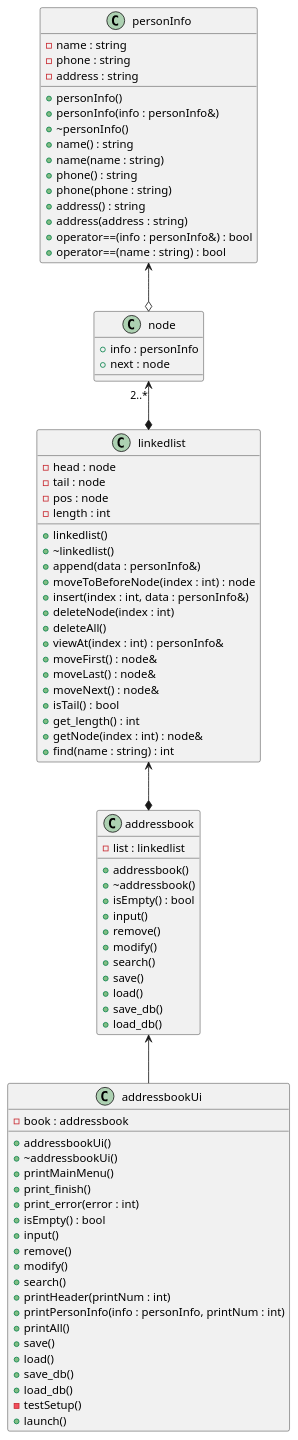
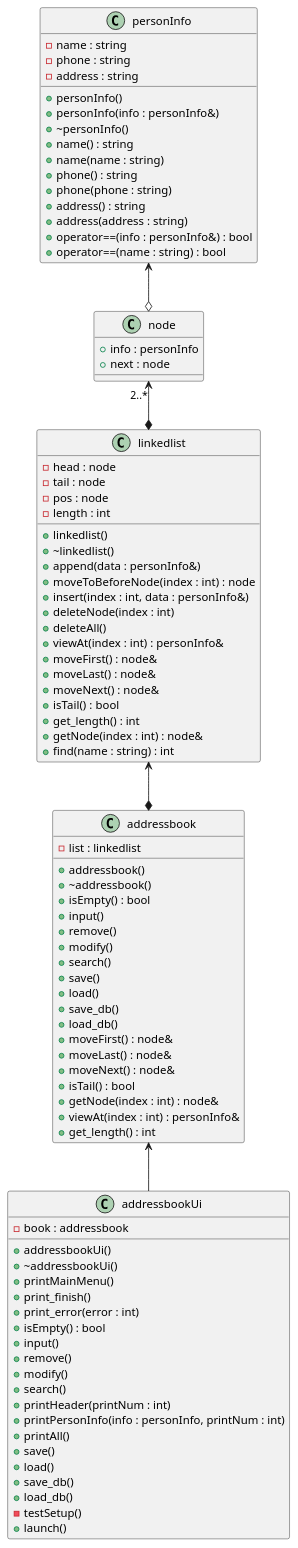
One commit to digiry/study changed the diagram in py_programming/docs/addressbook.puml. Above: the diagram before and after it, drawn with PlantUML. The commit also changed 6 other files, not shown here.

```diff
--- a/py_programming/docs/addressbook.puml
+++ b/py_programming/docs/addressbook.puml
@@ -1,90 +1,97 @@
 @startuml
 
 class personInfo {
 - name : string
 - phone : string
 - address : string
 + personInfo()
 + personInfo(info : personInfo&)
 + ~personInfo()
 + name() : string
 + name(name : string)
 + phone() : string
 + phone(phone : string)
 + address() : string
 + address(address : string)
 + operator==(info : personInfo&) : bool
 + operator==(name : string) : bool
 }
 
 class node {
 + info : personInfo
 + next : node
 }
 
 class linkedlist {
 - head : node
 - tail : node
 - pos : node
 - length : int
 + linkedlist()
 + ~linkedlist()
 + append(data : personInfo&)
 + moveToBeforeNode(index : int) : node
 + insert(index : int, data : personInfo&)
 + deleteNode(index : int)
 + deleteAll()
 + viewAt(index : int) : personInfo&
 + moveFirst() : node&
 + moveLast() : node&
 + moveNext() : node&
 + isTail() : bool
 + get_length() : int
 + getNode(index : int) : node&
 + find(name : string) : int
 }
 
 class addressbook {
 - list : linkedlist
 + addressbook()
 + ~addressbook()
 + isEmpty() : bool
 + input()
 + remove()
 + modify()
 + search()
 + save()
 + load()
 + save_db()
 + load_db()
++ moveFirst() : node&
++ moveLast() : node&
++ moveNext() : node&
++ isTail() : bool
++ getNode(index : int) : node&
++ viewAt(index : int) : personInfo&
++ get_length() : int
 }
 
 class addressbookUi {
 - book : addressbook
 + addressbookUi()
 + ~addressbookUi()
 + printMainMenu()
 + print_finish()
 + print_error(error : int)
 + isEmpty() : bool
 + input()
 + remove()
 + modify()
 + search()
 + printHeader(printNum : int)
 + printPersonInfo(info : personInfo, printNum : int)
 + printAll()
 + save()
 + load()
 + save_db()
 + load_db()
 - testSetup()
 + launch()
 }
 
 personInfo <--o node
 node "2..*" <--* linkedlist
 linkedlist <--* addressbook
 addressbook <-- addressbookUi
 
 @enduml
```
